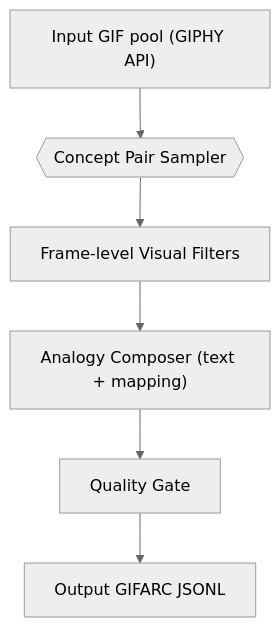
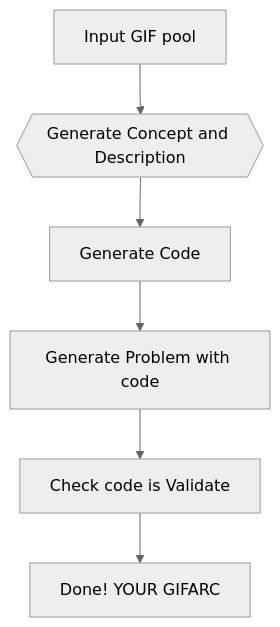
The diagram in README.md (GIST-DSLab/GIFARC), drawn with Mermaid (neutral theme) before and after one commit. The commit also changed other lines of this file, not shown here.

````diff
--- a/README.md
+++ b/README.md
@@ -86,10 +95,10 @@
 ```mermaid
 flowchart TD
-    A["Input GIF pool (GIPHY API)"] --> B{{"Concept Pair Sampler"}}
-    B --> C["Frame-level Visual Filters"]
-    C --> D["Analogy Composer (text + mapping)"]
-    D --> E["Quality Gate"]
-    E --> F["Output GIFARC JSONL"]
+    A["Input GIF pool"] --> B{{"Generate Concept and Description"}}
+    B --> C["Generate Code"]
+    C --> D["Generate Problem with code"]
+    D --> E["Check code is Validate"]
+    E --> F["Done! YOUR GIFARC"]
 
 
 ```
````
